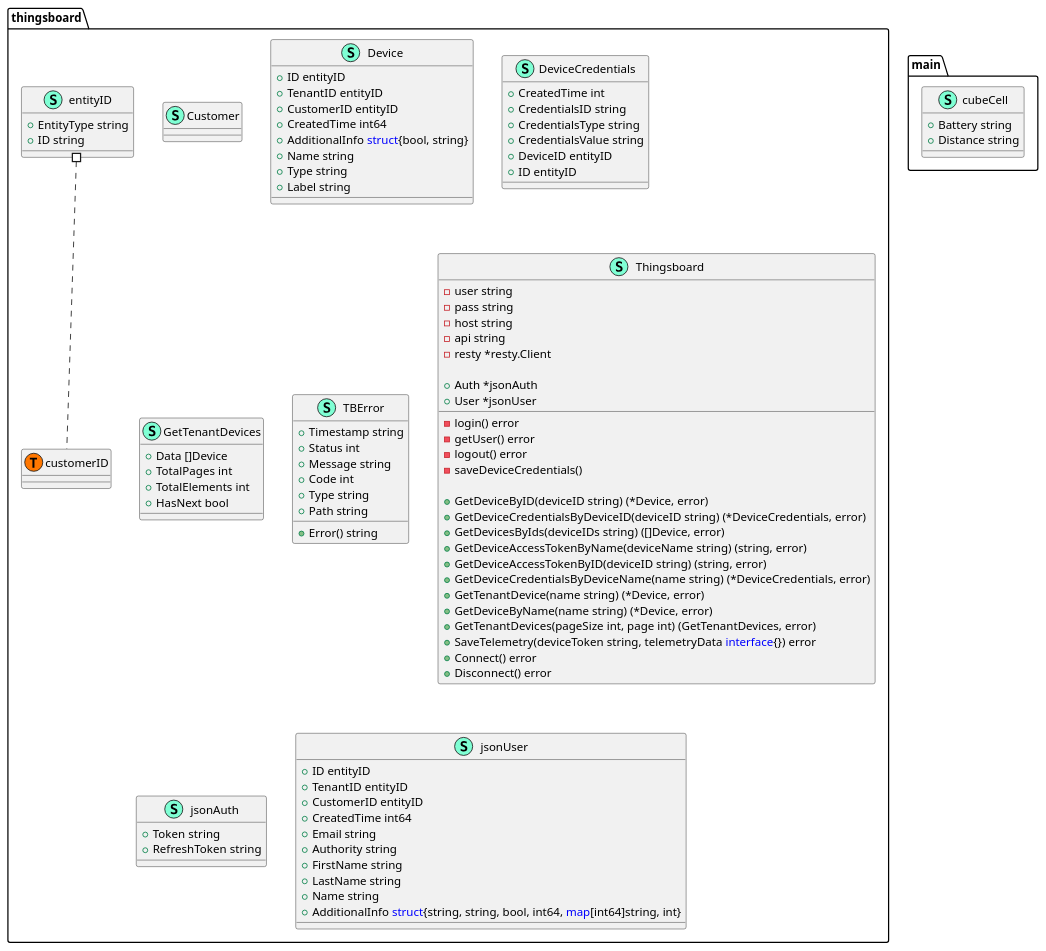
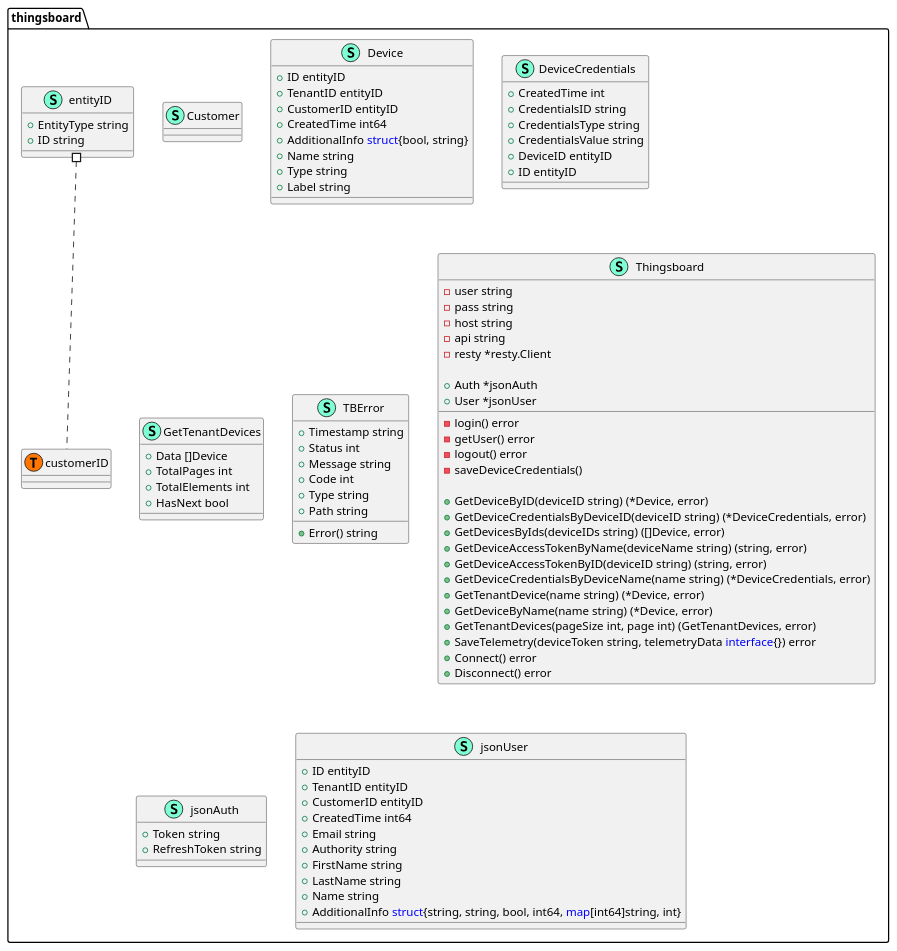
Before and after one commit to ASENASystem/thingsboard: the diagram in DIAGRAM.md, drawn with PlantUML. The commit also changed 2 other files, not shown here.

Commit message:
debug remove

````diff
--- a/DIAGRAM.md
+++ b/DIAGRAM.md
@@ -1,14 +1,5 @@
 ```plantuml
 @startuml
-namespace main {
-    class cubeCell << (S,Aquamarine) >> {
-        + Battery string
-        + Distance string
-
-    }
-}
-
-
 namespace thingsboard {
     class Customer << (S,Aquamarine) >> {
     }
````
